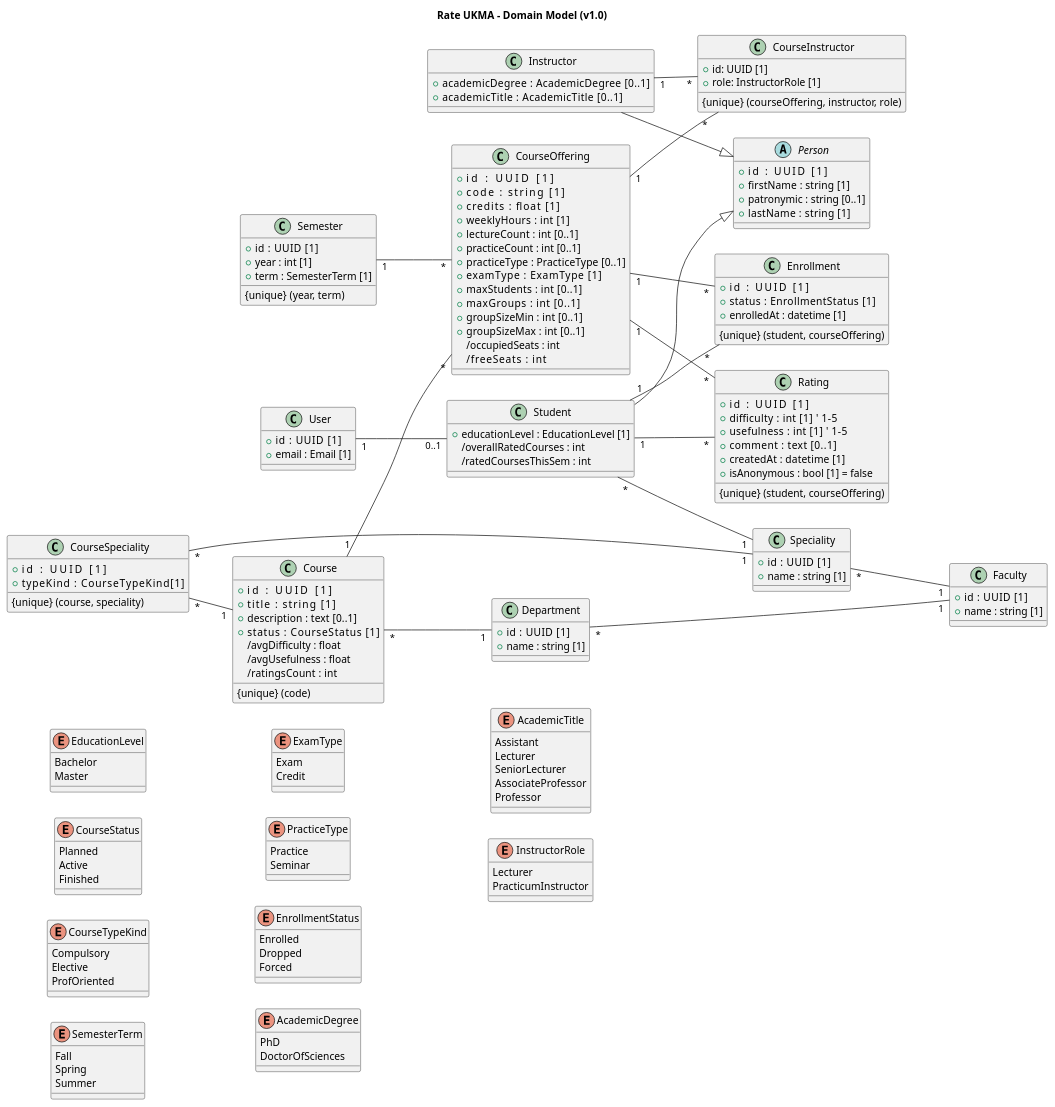
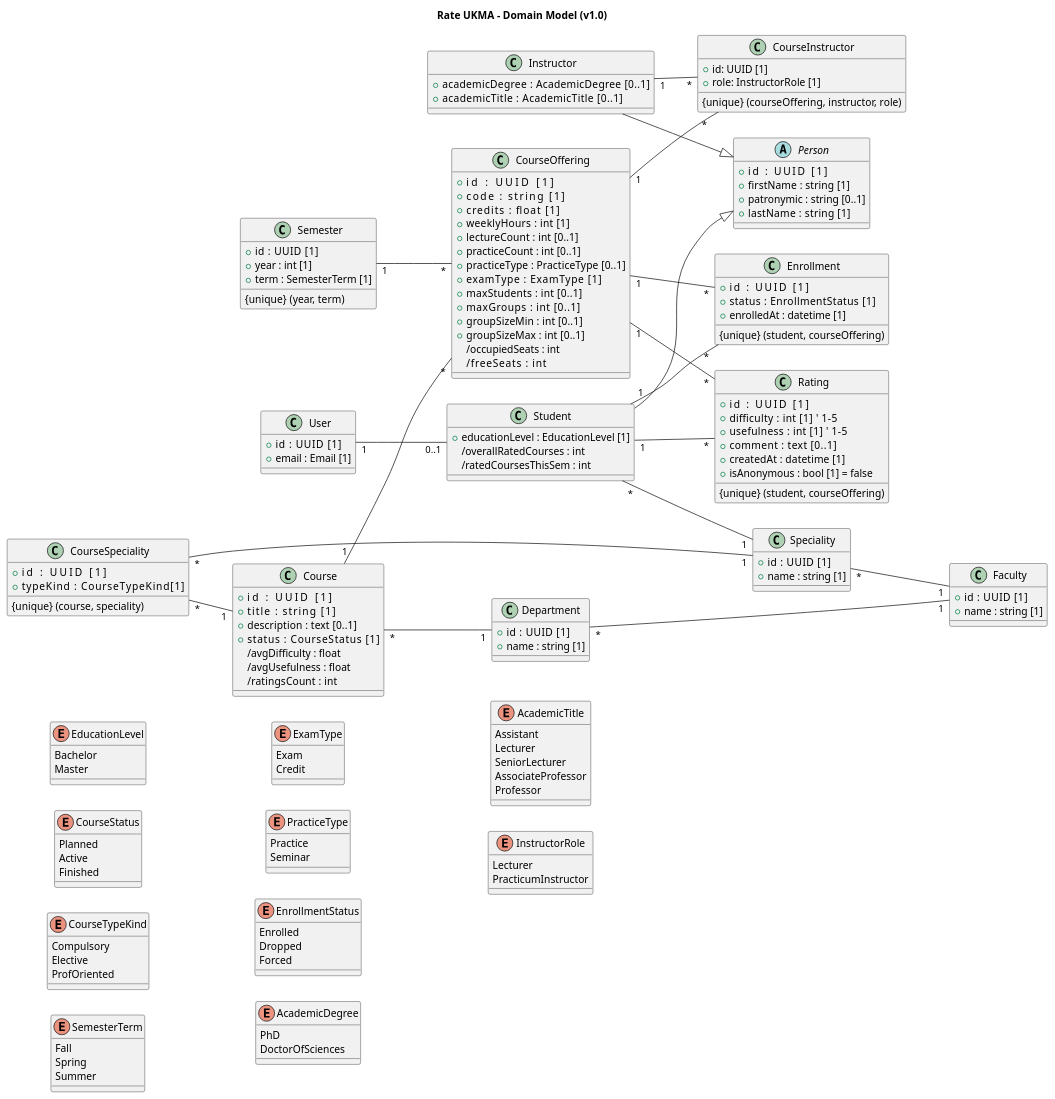
The diagram in docs/architecture/uml/domain-model.puml (ukma-cs-ssdm-2025/rate-ukma), drawn with PlantUML before and after one commit.

Commit message:
docs(#86): remove constraint with nonexistent field from Course class

```diff
--- a/docs/architecture/uml/domain-model.puml
+++ b/docs/architecture/uml/domain-model.puml
@@ -1,181 +1,180 @@
 @startuml core-domain-model
 title Rate UKMA – Domain Model (v1.0)
 left to right direction
 
 class User {
   +id    : UUID [1]
   +email : Email [1]
 }
 
 abstract class Person {
   +id         : UUID [1]
   +firstName  : string [1]
   +patronymic : string [0..1]
   +lastName   : string [1]
 }
 
 class Student {
   +educationLevel : EducationLevel [1]
   /overallRatedCourses : int
   /ratedCoursesThisSem : int
 }
 User "1" -- "0..1" Student
 Student "*" -- "1" Speciality
 Student --|> Person
 
 class Instructor {
   +academicDegree     : AcademicDegree [0..1]
   +academicTitle      : AcademicTitle [0..1]
 }
 Instructor --|> Person
 
 class Faculty {
   +id   : UUID [1]
   +name : string [1]
 }
 
 class Department {
   +id   : UUID [1]
   +name : string [1]
 }
 Department "*" -- "1" Faculty
 
 class Speciality {
   +id   : UUID [1]
   +name : string [1]
 }
 Speciality "*" -- "1" Faculty
 
 class Course {
   +id           : UUID [1]
   +title        : string [1]
   +description  : text [0..1]
   +status       : CourseStatus [1]
   /avgDifficulty : float
   /avgUsefulness : float
   /ratingsCount  : int
-  {unique} (code)
 }
 Course "*" -- "1" Department
 
 class CourseSpeciality {
   +id           : UUID [1]
   +typeKind         : CourseTypeKind[1]
   {unique} (course, speciality)
 }
 CourseSpeciality "*" -- "1" Course
 CourseSpeciality "*" -- "1" Speciality
 
 class Semester {
   +id   : UUID [1]
   +year : int [1]
   +term : SemesterTerm [1]
   {unique} (year, term)
 }
 
 class CourseOffering {
   +id            : UUID [1]
   +code          : string [1]
   +credits       : float [1]
   +weeklyHours   : int [1]
   +lectureCount  : int [0..1]
   +practiceCount : int [0..1]
   +practiceType  : PracticeType [0..1]
   +examType      : ExamType [1]
   +maxStudents   : int [0..1]
   +maxGroups     : int [0..1]
   +groupSizeMin  : int [0..1]
   +groupSizeMax  : int [0..1]
   /occupiedSeats : int
   /freeSeats     : int
 }
 Course "1"   -- "*" CourseOffering
 Semester "1" -- "*" CourseOffering
 
 class CourseInstructor {
   +id: UUID [1]
   +role: InstructorRole [1]
   {unique} (courseOffering, instructor, role)
 }
 CourseOffering "1" -- "*" CourseInstructor
 Instructor "1" -- "*" CourseInstructor
 
 class Enrollment {
   +id         : UUID [1]
   +status     : EnrollmentStatus [1]
   +enrolledAt : datetime [1]
   {unique} (student, courseOffering)
 }
 Student "1"        -- "*" Enrollment
 CourseOffering "1" -- "*" Enrollment
 
 class Rating {
   +id         : UUID [1]
   +difficulty : int [1]    ' 1–5
   +usefulness : int [1]    ' 1–5
   +comment    : text [0..1]
   +createdAt  : datetime [1]
   +isAnonymous : bool [1] = false
   {unique} (student, courseOffering)
 }
 Student "1" -- "*" Rating
 CourseOffering  "1" -- "*" Rating
 
 enum EducationLevel {
   Bachelor
   Master
 }
 
 enum CourseStatus {
   Planned
   Active
   Finished
 }
 
 enum CourseTypeKind {
   Compulsory
   Elective
   ProfOriented
 }
 
 enum SemesterTerm {
   Fall
   Spring
   Summer
 }
 
 enum ExamType {
   Exam
   Credit
 }
 
 enum PracticeType {
   Practice
   Seminar
 }
 
 enum EnrollmentStatus {
   Enrolled
   Dropped
   Forced
 }
 
 enum AcademicDegree {
   PhD
   DoctorOfSciences
 }
 
 enum AcademicTitle {
   Assistant
   Lecturer
   SeniorLecturer
   AssociateProfessor   
   Professor            
 }
 
 enum InstructorRole {
   Lecturer
   PracticumInstructor
 }
 
 @enduml
```
